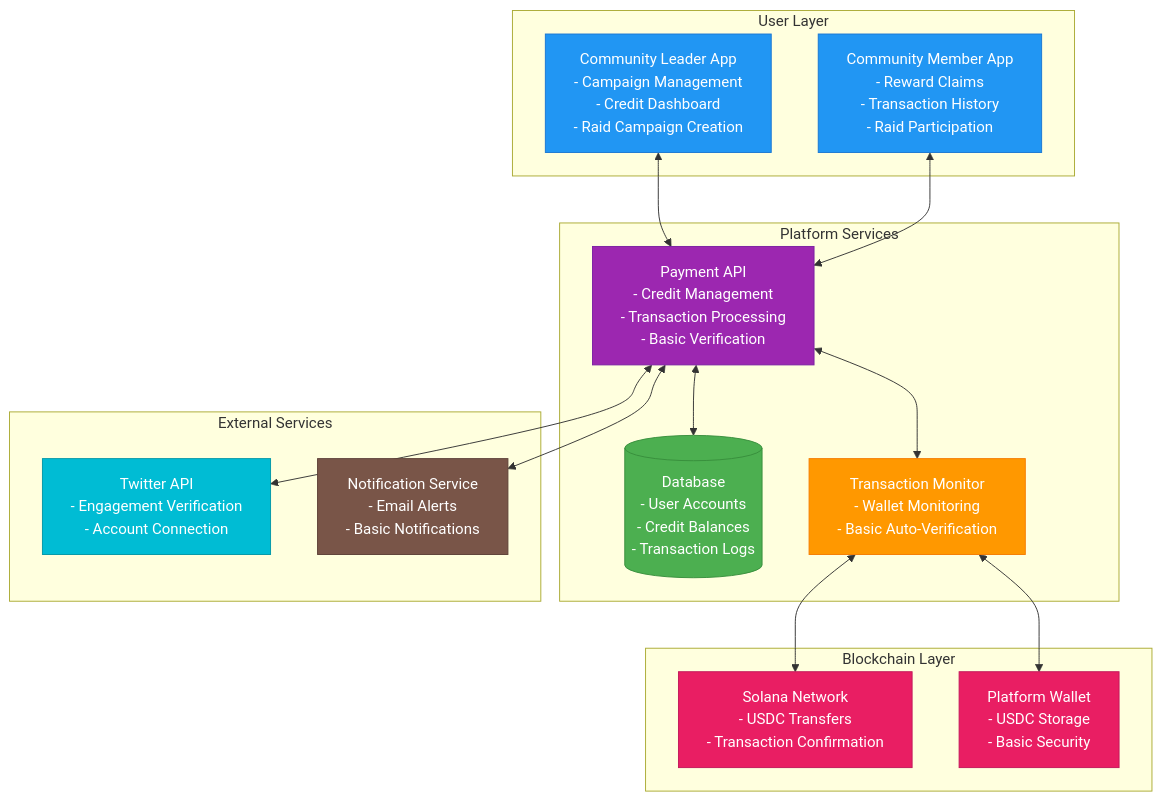
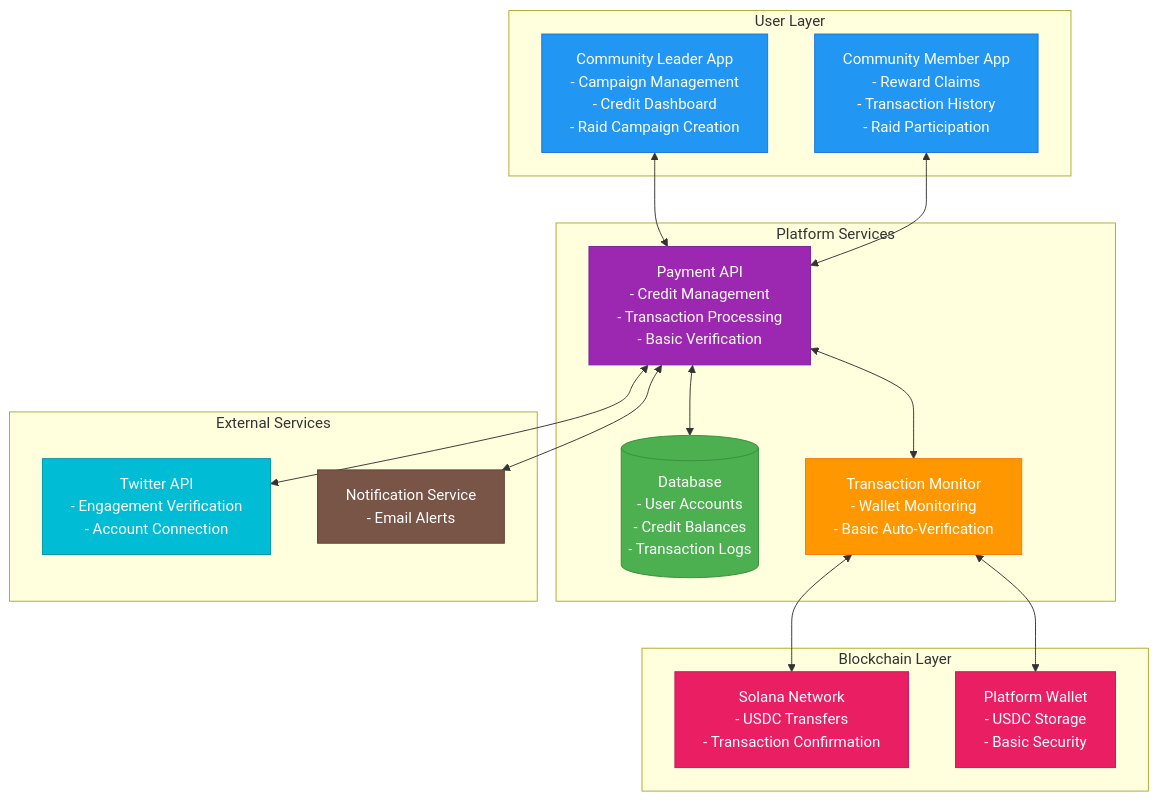
Before and after one commit to ryanlhy/social-media-incentive-app: the first of 4 diagrams in technical/architecture-overview.md, drawn with Mermaid. The commit also changed other lines of this file and 13 other files, not shown here.

````diff
--- a/technical/architecture-overview.md
+++ b/technical/architecture-overview.md
@@ -25,42 +25,42 @@
 ```mermaid
 graph TB
     subgraph "User Layer"
         CA[Community Leader App<br/>- Campaign Management<br/>- Credit Dashboard<br/>- Raid Campaign Creation]
         PA[Community Member App<br/>- Reward Claims<br/>- Transaction History<br/>- Raid Participation]
     end
     
     subgraph "Platform Services"
         API[Payment API<br/>- Credit Management<br/>- Transaction Processing<br/>- Basic Verification]
         DB[(Database<br/>- User Accounts<br/>- Credit Balances<br/>- Transaction Logs)]
         MONITOR[Transaction Monitor<br/>- Wallet Monitoring<br/>- Basic Auto-Verification]
     end
     
     subgraph "Blockchain Layer"
         SOL[Solana Network<br/>- USDC Transfers<br/>- Transaction Confirmation]
         WALLET[Platform Wallet<br/>- USDC Storage<br/>- Basic Security]
     end
     
     subgraph "External Services"
         TWITTER[Twitter API<br/>- Engagement Verification<br/>- Account Connection]
-        NOTIFY[Notification Service<br/>- Email Alerts<br/>- Basic Notifications]
+        NOTIFY[Notification Service<br/>- Email Alerts]
     end
     
     CA <--> API
     PA <--> API
     API <--> DB
     API <--> MONITOR
     MONITOR <--> SOL
     MONITOR <--> WALLET
     API <--> TWITTER
     API <--> NOTIFY
     
     style CA fill:#2196f3,stroke:#1976d2,color:#ffffff
     style PA fill:#2196f3,stroke:#1976d2,color:#ffffff
     style API fill:#9c27b0,stroke:#7b1fa2,color:#ffffff
     style DB fill:#4caf50,stroke:#388e3c,color:#ffffff
     style MONITOR fill:#ff9800,stroke:#f57c00,color:#ffffff
     style SOL fill:#e91e63,stroke:#c2185b,color:#ffffff
     style WALLET fill:#e91e63,stroke:#c2185b,color:#ffffff
     style TWITTER fill:#00bcd4,stroke:#0097a7,color:#ffffff
     style NOTIFY fill:#795548,stroke:#5d4037,color:#ffffff
 ```
````
